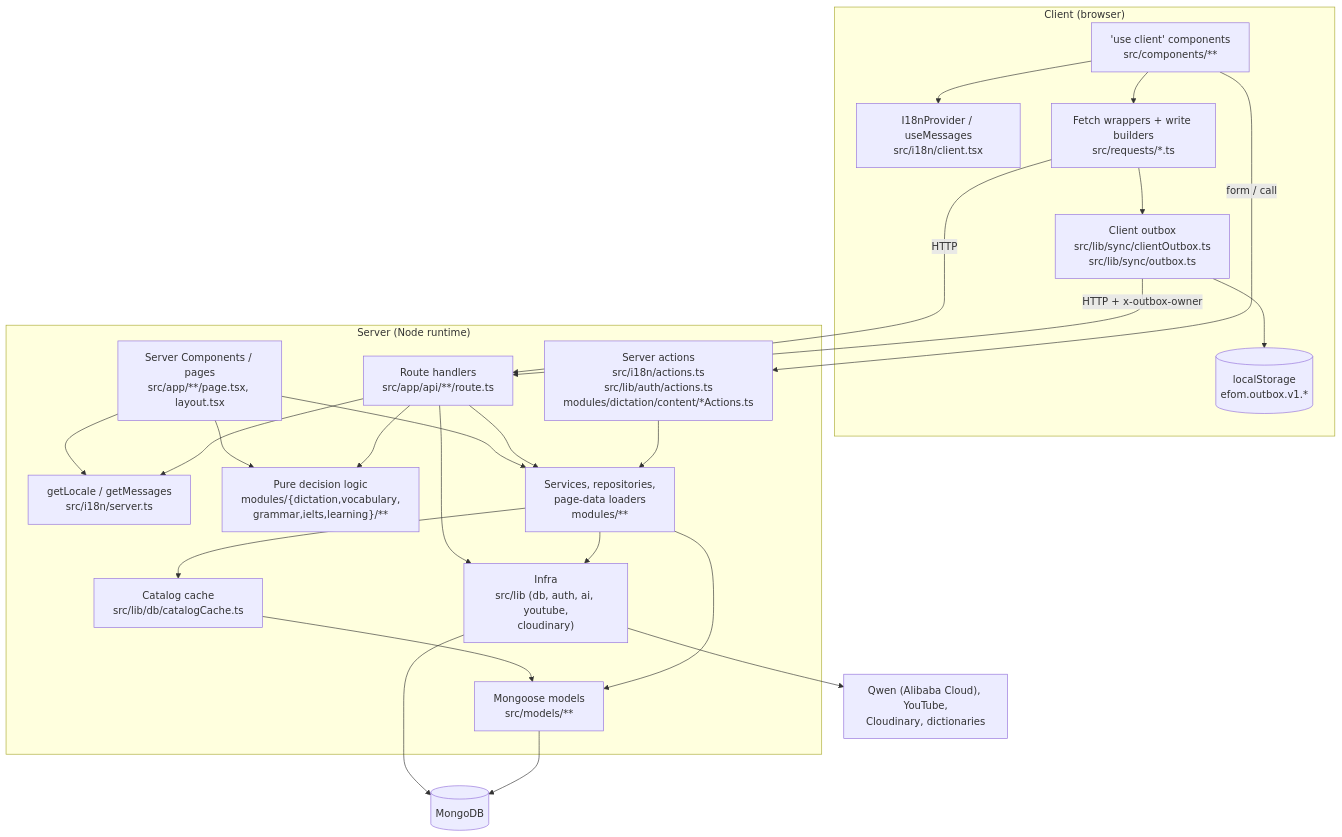
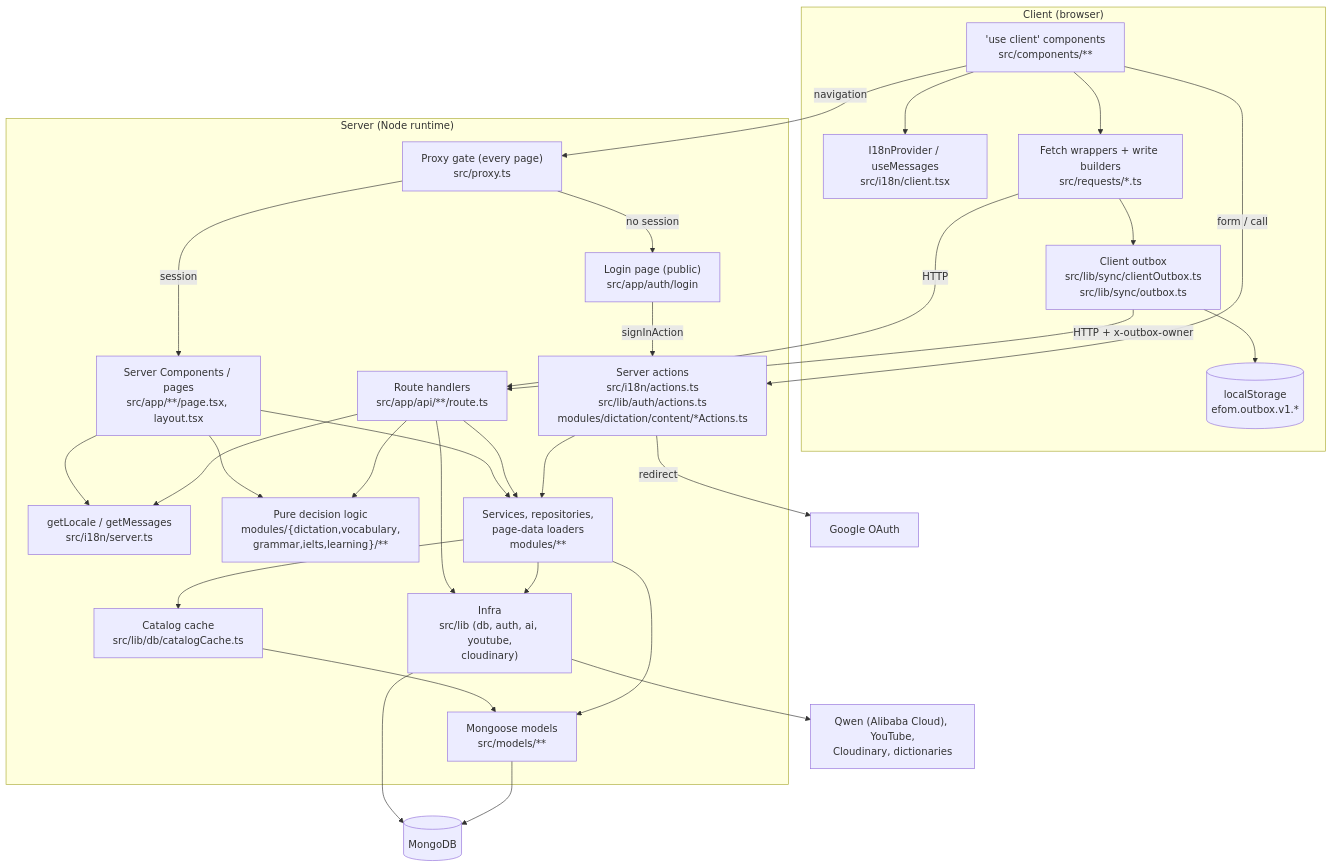
Before and after one commit to NaKMiers/English_For_Only_Me: the first of 6 diagrams in docs/02-architecture.md, drawn with Mermaid. The commit also changed other lines of this file and 181 other files, not shown here.

First line of the commit message:
feat(auth): require Google sign-in, add /auth/login, remove guest mode

````diff
--- a/docs/02-architecture.md
+++ b/docs/02-architecture.md
@@ -115,46 +116,54 @@
 ```mermaid
 flowchart TD
   subgraph client["Client (browser)"]
     CC["'use client' components<br/>src/components/**"]
     I18C["I18nProvider / useMessages<br/>src/i18n/client.tsx"]
     REQ["Fetch wrappers + write builders<br/>src/requests/*.ts"]
     OBX["Client outbox<br/>src/lib/sync/clientOutbox.ts<br/>src/lib/sync/outbox.ts"]
     LS[("localStorage<br/>efom.outbox.v1.*")]
   end
   subgraph server["Server (Node runtime)"]
+    PROXY["Proxy gate (every page)<br/>src/proxy.ts"]
+    LOGIN["Login page (public)<br/>src/app/auth/login"]
     PAGE["Server Components / pages<br/>src/app/**/page.tsx, layout.tsx"]
     ACT["Server actions<br/>src/i18n/actions.ts<br/>src/lib/auth/actions.ts<br/>modules/dictation/content/*Actions.ts"]
     ROUTE["Route handlers<br/>src/app/api/**/route.ts"]
     I18S["getLocale / getMessages<br/>src/i18n/server.ts"]
     DEC["Pure decision logic<br/>modules/{dictation,vocabulary,<br/>grammar,ielts,learning}/**"]
     SVC["Services, repositories,<br/>page-data loaders<br/>modules/**"]
     CACHE["Catalog cache<br/>src/lib/db/catalogCache.ts"]
     LIB["Infra<br/>src/lib (db, auth, ai, youtube,<br/>cloudinary)"]
     MODEL["Mongoose models<br/>src/models/**"]
   end
   DB[("MongoDB")]
   EXT["Qwen (Alibaba Cloud), YouTube,<br/>Cloudinary, dictionaries"]
+  GOOG["Google OAuth"]
 
+  CC -->|navigation| PROXY
+  PROXY -->|session| PAGE
+  PROXY -->|no session| LOGIN
+  LOGIN -->|signInAction| ACT
+  ACT -->|redirect| GOOG
   CC --> I18C
   CC --> REQ
   REQ --> OBX
   OBX --> LS
   REQ -->|HTTP| ROUTE
   OBX -->|HTTP + x-outbox-owner| ROUTE
   CC -->|form / call| ACT
   PAGE --> I18S
   PAGE --> SVC
   PAGE --> DEC
   ROUTE --> I18S
   ROUTE --> DEC
   ROUTE --> SVC
   ROUTE --> LIB
   ACT --> SVC
   SVC --> CACHE
   CACHE --> MODEL
   SVC --> MODEL
   SVC --> LIB
   LIB --> EXT
   LIB --> DB
   MODEL --> DB
 ```
````
